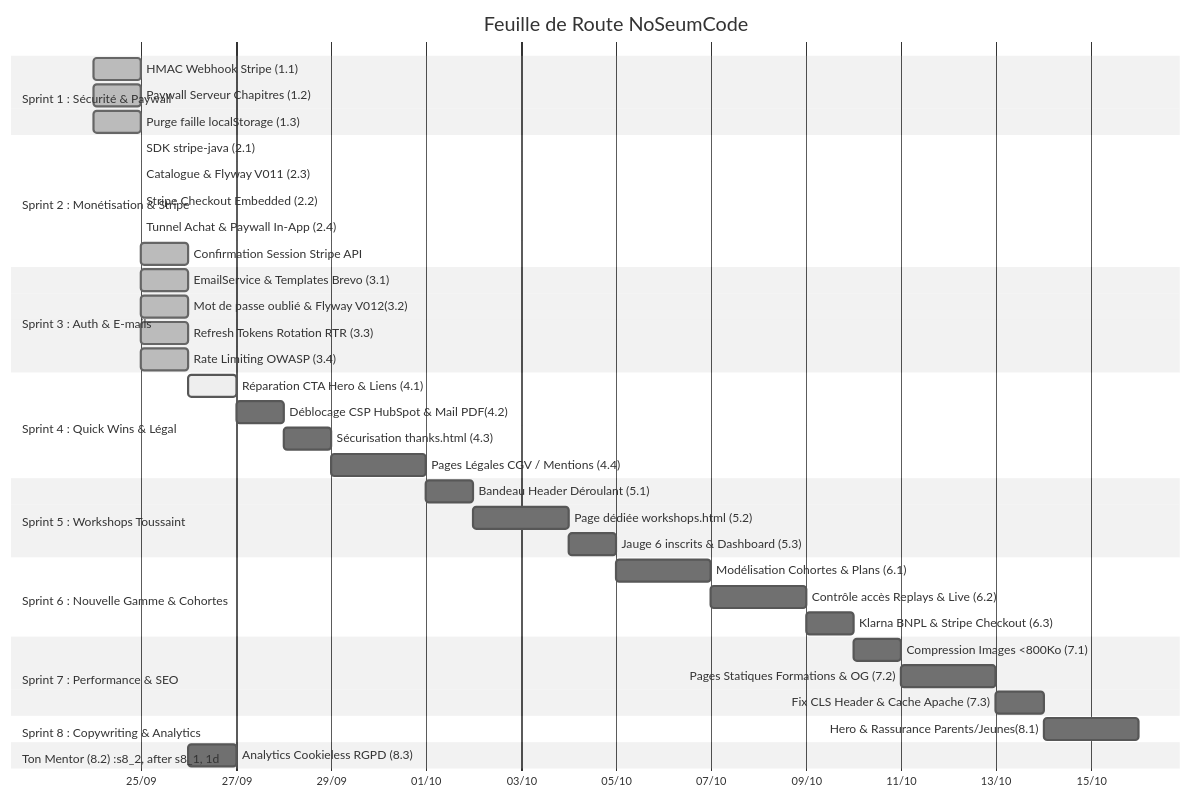
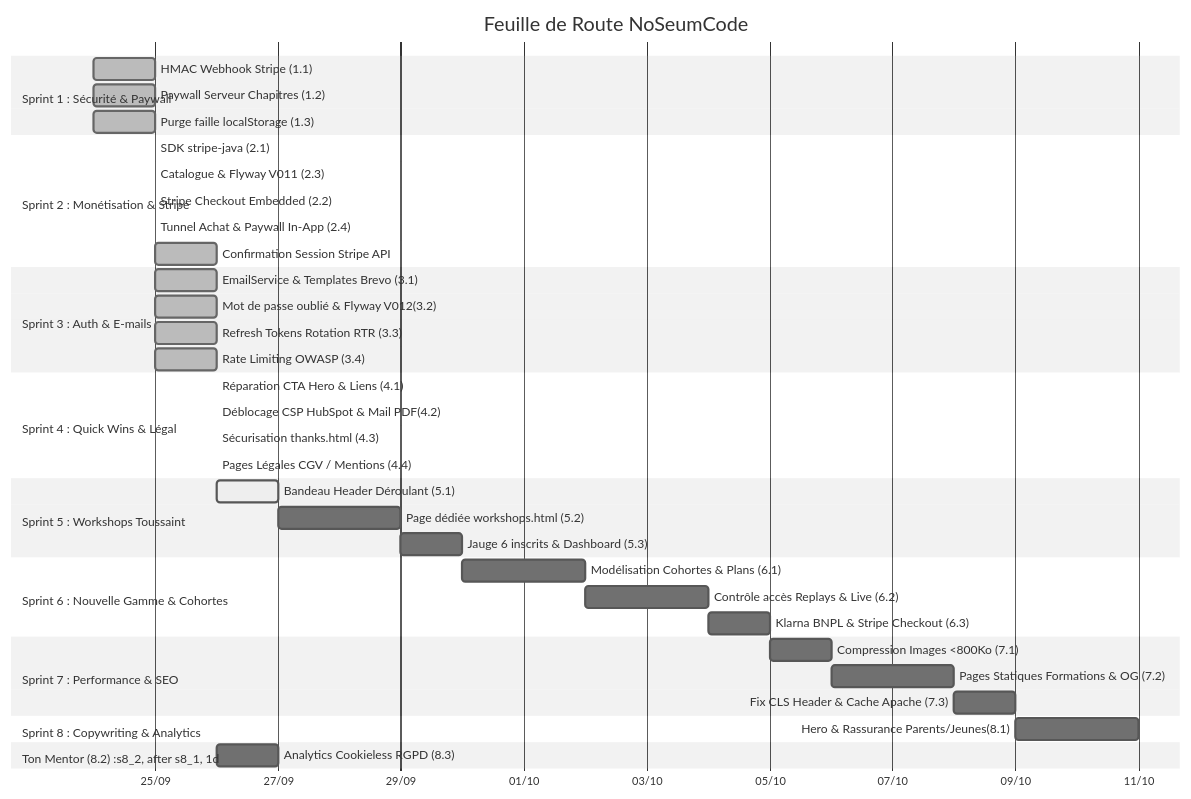
The diagram in docs/ai/ROADMAP.md (cedricrgt/noSeumCode), drawn with Mermaid (neutral theme) before and after one commit. The commit also changed other lines of this file and 26 other files, not shown here.

````diff
--- a/docs/ai/ROADMAP.md
+++ b/docs/ai/ROADMAP.md
@@ -25,50 +25,50 @@
 ```mermaid
 gantt
     title Feuille de Route NoSeumCode
     dateFormat  YYYY-MM-DD
     axisFormat  %d/%m
 
     section Sprint 1 : Sécurité & Paywall
     HMAC Webhook Stripe (1.1)            :done, s1_1, 2026-09-24, 2026-09-25
     Paywall Serveur Chapitres (1.2)      :done, s1_2, 2026-09-24, 2026-09-25
     Purge faille localStorage (1.3)      :done, s1_3, 2026-09-24, 2026-09-25
 
     section Sprint 2 : Monétisation & Stripe
     SDK stripe-java (2.1)                :done, s2_1, 2026-09-25, 2026-09-25
     Catalogue & Flyway V011 (2.3)        :done, s2_2, 2026-09-25, 2026-09-25
     Stripe Checkout Embedded (2.2)       :done, s2_3, 2026-09-25, 2026-09-25
     Tunnel Achat & Paywall In-App (2.4)  :done, s2_4, 2026-09-25, 2026-09-25
     Confirmation Session Stripe API      :done, s2_5, 2026-09-25, 2026-09-26
 
     section Sprint 3 : Auth & E-mails
     EmailService & Templates Brevo (3.1) :done, s3_1, 2026-09-25, 2026-09-26
     Mot de passe oublié & Flyway V012(3.2):done, s3_2, 2026-09-25, 2026-09-26
     Refresh Tokens Rotation RTR (3.3)    :done, s3_3, 2026-09-25, 2026-09-26
     Rate Limiting OWASP (3.4)            :done, s3_4, 2026-09-25, 2026-09-26
 
     section Sprint 4 : Quick Wins & Légal
-    Réparation CTA Hero & Liens (4.1)    :active, s4_1, 2026-09-26, 1d
-    Déblocage CSP HubSpot & Mail PDF(4.2):s4_2, after s4_1, 1d
-    Sécurisation thanks.html (4.3)       :s4_3, after s4_2, 1d
-    Pages Légales CGV / Mentions (4.4)   :s4_4, after s4_3, 2d
+    Réparation CTA Hero & Liens (4.1)    :done, s4_1, 2026-09-26, 2026-09-26
+    Déblocage CSP HubSpot & Mail PDF(4.2):done, s4_2, 2026-09-26, 2026-09-26
+    Sécurisation thanks.html (4.3)       :done, s4_3, 2026-09-26, 2026-09-26
+    Pages Légales CGV / Mentions (4.4)   :done, s4_4, 2026-09-26, 2026-09-26
 
     section Sprint 5 : Workshops Toussaint
-    Bandeau Header Déroulant (5.1)       :s5_1, after s4_4, 1d
+    Bandeau Header Déroulant (5.1)       :active, s5_1, 2026-09-26, 1d
     Page dédiée workshops.html (5.2)     :s5_2, after s5_1, 2d
     Jauge 6 inscrits & Dashboard (5.3)   :s5_3, after s5_2, 1d
 
     section Sprint 6 : Nouvelle Gamme & Cohortes
     Modélisation Cohortes & Plans (6.1)  :s6_1, after s5_3, 2d
     Contrôle accès Replays & Live (6.2)  :s6_2, after s6_1, 2d
     Klarna BNPL & Stripe Checkout (6.3)  :s6_3, after s6_2, 1d
 
     section Sprint 7 : Performance & SEO
     Compression Images <800Ko (7.1)      :s7_1, after s6_3, 1d
     Pages Statiques Formations & OG (7.2):s7_2, after s7_1, 2d
     Fix CLS Header & Cache Apache (7.3)  :s7_3, after s7_2, 1d
 
     section Sprint 8 : Copywriting & Analytics
     Hero & Rassurance Parents/Jeunes(8.1):s8_1, after s7_3, 2d
     Section Ton Mentor (8.2)             :s8_2, after s8_1, 1d
     Analytics Cookieless RGPD (8.3)      :s8_3, after s8_2, 1d
 ```
````
